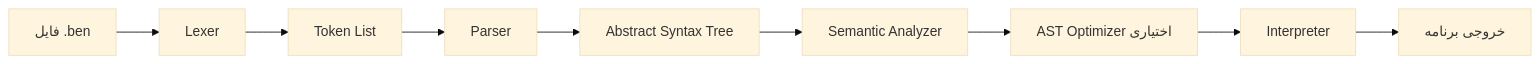
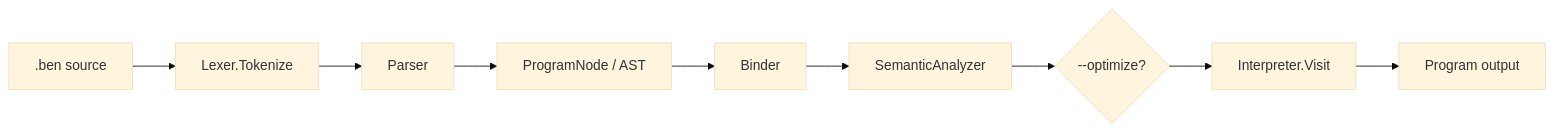
Before and after one commit to iarash84/Benita: the diagram in docs/Wiki.md, drawn with Mermaid (base theme). The commit also changed other lines of this file and 1 other file, not shown here.

````diff
--- a/docs/Wiki.md
+++ b/docs/Wiki.md
@@ -32,11 +37,11 @@
 ```mermaid
 flowchart LR
-    Source[فایل .ben] --> Lexer[Lexer]
-    Lexer --> Tokens[Token List]
-    Tokens --> Parser[Parser]
-    Parser --> AST[Abstract Syntax Tree]
-    AST --> Semantic[Semantic Analyzer]
-    Semantic --> Optimizer[AST Optimizer اختیاری]
-    Optimizer --> Interpreter[Interpreter]
-    Interpreter --> Result[خروجی برنامه]
+    Source[.ben source] --> Lexer[Lexer.Tokenize]
+    Lexer --> Parser[Parser]
+    Parser --> AST[ProgramNode / AST]
+    AST --> Binder[Binder]
+    Binder --> Semantic[SemanticAnalyzer]
+    Semantic --> Optimizer{--optimize?}
+    Optimizer --> Interpreter[Interpreter.Visit]
+    Interpreter --> Output[Program output]
 ```
````
